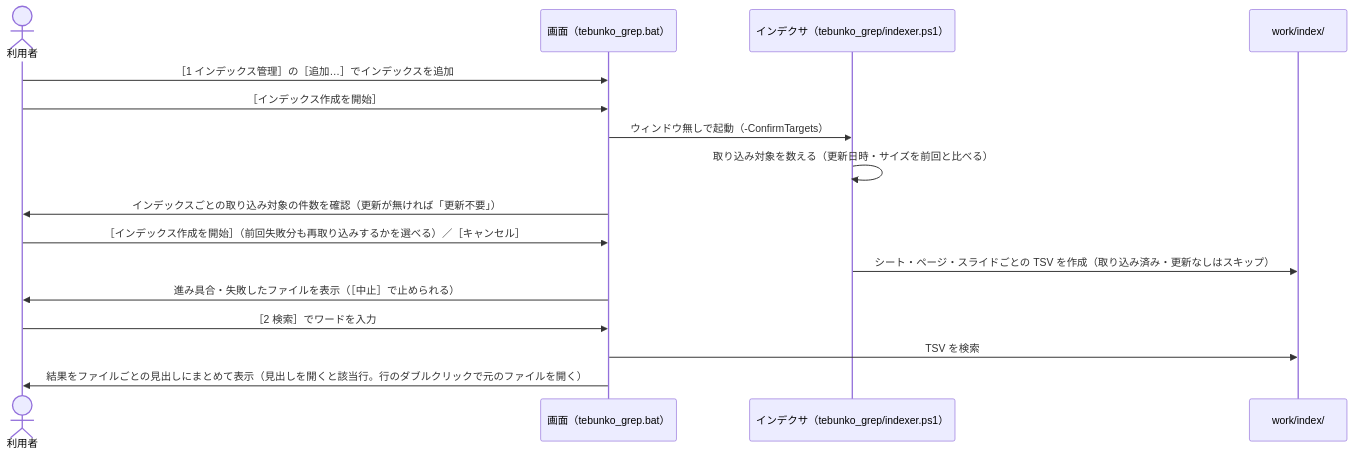
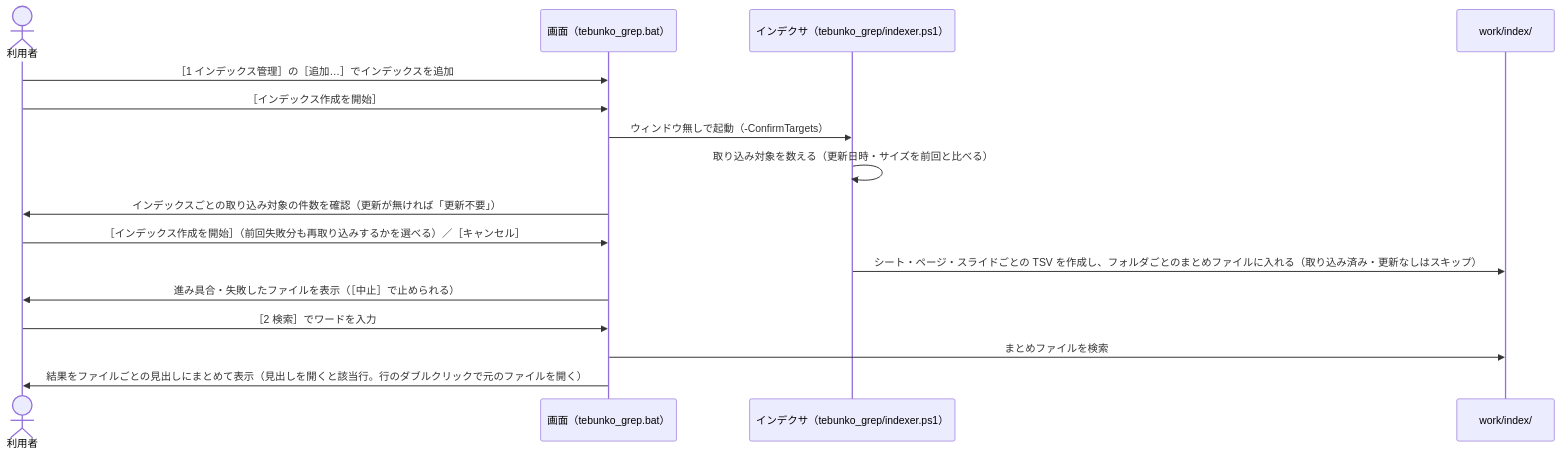
The second of 2 diagrams in docs/00_index.md (hsgwa/tebunko), drawn with Mermaid before and after one commit. The commit also changed other lines of this file and 49 other files, not shown here.

````diff
--- a/docs/00_index.md
+++ b/docs/00_index.md
@@ -159,19 +159,19 @@
 ```mermaid
 sequenceDiagram
     actor U as 利用者
     participant G as 画面（tebunko_grep.bat）
     participant CV as インデクサ（tebunko_grep/indexer.ps1）
     participant W as work/index/
 
     U->>G: ［1 インデックス管理］の［追加…］でインデックスを追加
     U->>G: ［インデックス作成を開始］
     G->>CV: ウィンドウ無しで起動（-ConfirmTargets）
     CV->>CV: 取り込み対象を数える（更新日時・サイズを前回と比べる）
     G->>U: インデックスごとの取り込み対象の件数を確認（更新が無ければ「更新不要」）
     U->>G: ［インデックス作成を開始］（前回失敗分も再取り込みするかを選べる）／［キャンセル］
-    CV->>W: シート・ページ・スライドごとの TSV を作成（取り込み済み・更新なしはスキップ）
+    CV->>W: シート・ページ・スライドごとの TSV を作成し、フォルダごとのまとめファイルに入れる（取り込み済み・更新なしはスキップ）
     G->>U: 進み具合・失敗したファイルを表示（［中止］で止められる）
     U->>G: ［2 検索］でワードを入力
-    G->>W: TSV を検索
+    G->>W: まとめファイルを検索
     G->>U: 結果をファイルごとの見出しにまとめて表示（見出しを開くと該当行。行のダブルクリックで元のファイルを開く）
 ```
````
